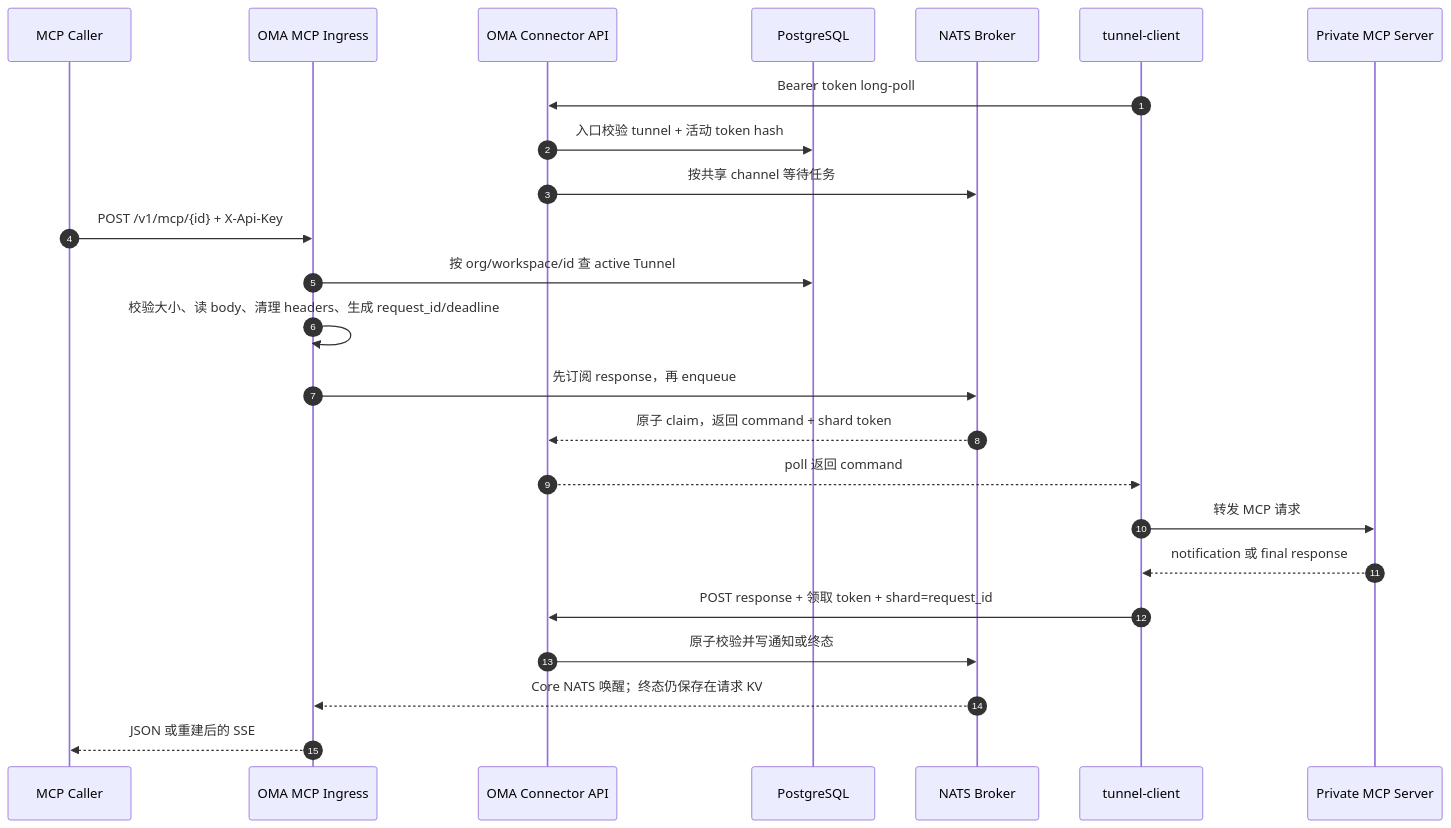
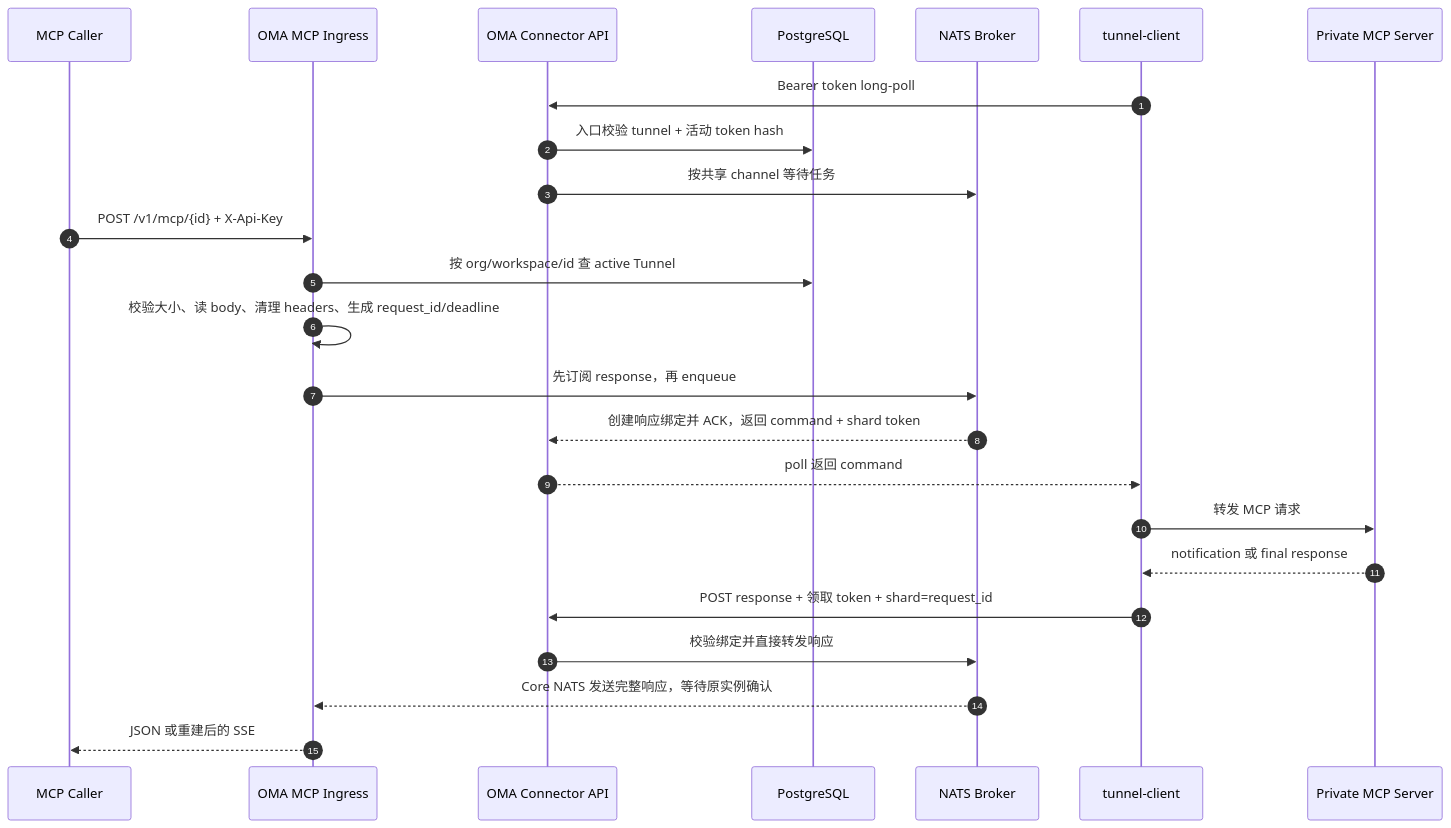
Before and after one commit to superduck-ai/open-managed-agents: the second of 4 diagrams in docs/design/mcp-tunnel-developer-guide.md, drawn with Mermaid. The commit also changed other lines of this file and 36 other files, not shown here.

````diff
--- a/docs/design/mcp-tunnel-developer-guide.md
+++ b/docs/design/mcp-tunnel-developer-guide.md
@@ -389,27 +389,27 @@
 ```mermaid
 sequenceDiagram
     autonumber
     participant Caller as MCP Caller
     participant Ingress as OMA MCP Ingress
     participant Connector as OMA Connector API
     participant DB as PostgreSQL
     participant Broker as NATS Broker
     participant Client as tunnel-client
     participant MCP as Private MCP Server
 
     Client->>Connector: Bearer token long-poll
     Connector->>DB: 入口校验 tunnel + 活动 token hash
     Connector->>Broker: 按共享 channel 等待任务
     Caller->>Ingress: POST /v1/mcp/{id} + X-Api-Key
     Ingress->>DB: 按 org/workspace/id 查 active Tunnel
     Ingress->>Ingress: 校验大小、读 body、清理 headers、生成 request_id/deadline
     Ingress->>Broker: 先订阅 response，再 enqueue
-    Broker-->>Connector: 原子 claim，返回 command + shard token
+    Broker-->>Connector: 创建响应绑定并 ACK，返回 command + shard token
     Connector-->>Client: poll 返回 command
     Client->>MCP: 转发 MCP 请求
     MCP-->>Client: notification 或 final response
     Client->>Connector: POST response + 领取 token + shard=request_id
-    Connector->>Broker: 原子校验并写通知或终态
-    Broker-->>Ingress: Core NATS 唤醒；终态仍保存在请求 KV
+    Connector->>Broker: 校验绑定并直接转发响应
+    Broker-->>Ingress: Core NATS 发送完整响应，等待原实例确认
     Ingress-->>Caller: JSON 或重建后的 SSE
 ```
````
